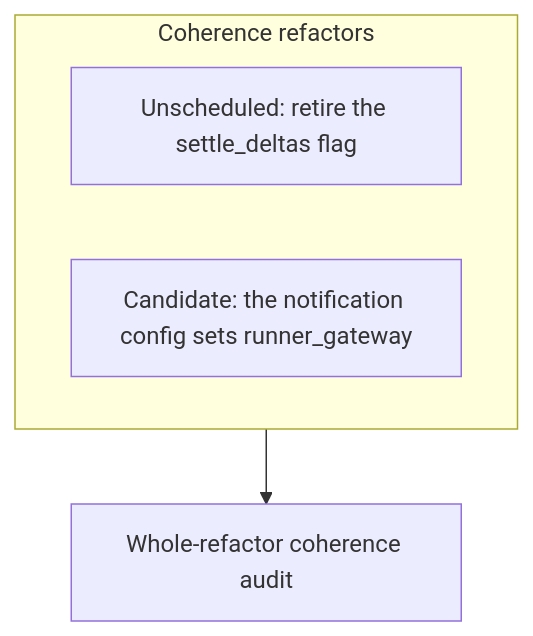
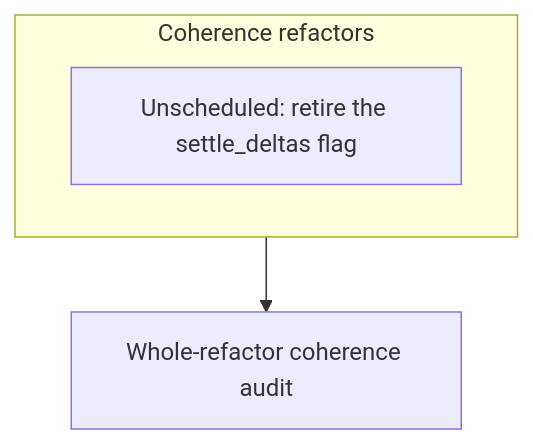
One commit to agentydragon-agent/ducktape changed diagram 14 of 15 in agentplane/plans/task_dag.md. Above: the diagram before and after it, drawn with Mermaid. The commit also changed other lines of this file and 8 other files, not shown here.

````diff
--- a/agentplane/plans/task_dag.md
+++ b/agentplane/plans/task_dag.md
@@ -1090,8 +1081,7 @@
 ```mermaid
 flowchart TD
     subgraph COHERENCE_REFACTORS[Coherence refactors]
         SETTLE_DELTAS_ALWAYS_ON[Unscheduled: retire the settle_deltas flag]
-        NOTIFICATION_GATEWAY_SETTINGS[Candidate: the notification config sets runner_gateway]
     end
     COHERENCE_REFACTORS --> REFACTOR_COHERENCE_AUDIT[Whole-refactor coherence audit]
 ```
````
